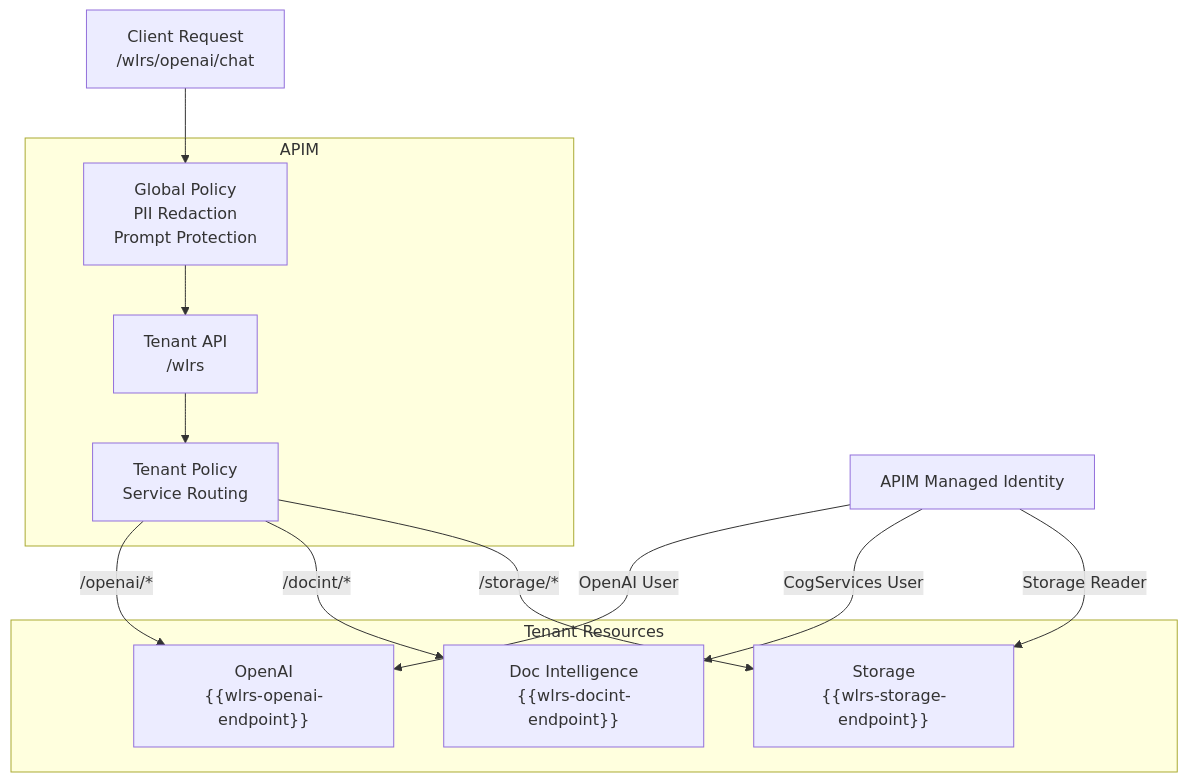
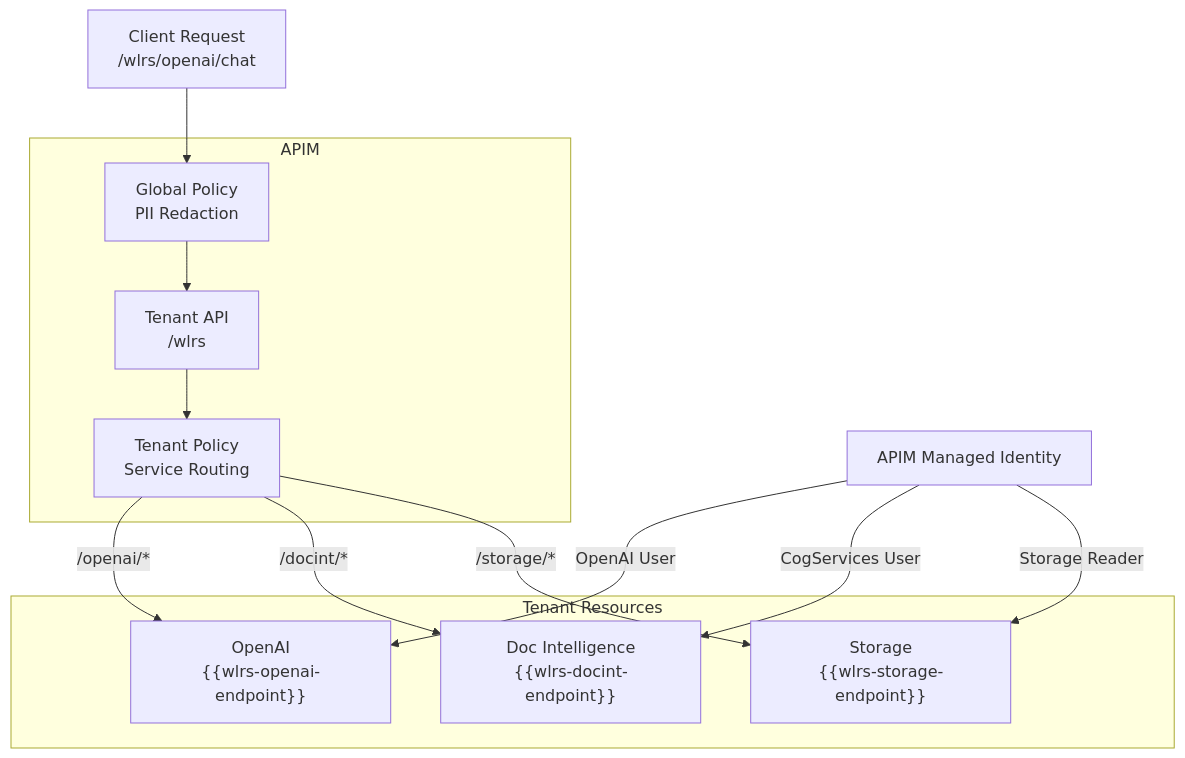
The seventh of 9 diagrams in infra-ai-hub/README.md (bcgov/ai-hub-tracking), drawn with Mermaid before and after one commit. The commit also changed other lines of this file and 6 other files, not shown here.

````diff
--- a/infra-ai-hub/README.md
+++ b/infra-ai-hub/README.md
@@ -417,28 +417,28 @@
 ```mermaid
 flowchart TB
     CLIENT["Client Request<br/>/wlrs/openai/chat"]
     
     subgraph "APIM"
-        GP["Global Policy<br/>PII Redaction<br/>Prompt Protection"]
+        GP["Global Policy<br/>PII Redaction"]
         API["Tenant API<br/>/wlrs"]
         POLICY["Tenant Policy<br/>Service Routing"]
     end
     
     subgraph "Tenant Resources"
         OAI["OpenAI<br/>{{wlrs-openai-endpoint}}"]
         DOCINT["Doc Intelligence<br/>{{wlrs-docint-endpoint}}"]
         STG["Storage<br/>{{wlrs-storage-endpoint}}"]
     end
     
     CLIENT --> GP
     GP --> API
     API --> POLICY
     POLICY -->|/openai/*| OAI
     POLICY -->|/docint/*| DOCINT
     POLICY -->|/storage/*| STG
     
     APIM_ID["APIM Managed Identity"]
     APIM_ID -->|OpenAI User| OAI
     APIM_ID -->|CogServices User| DOCINT
     APIM_ID -->|Storage Reader| STG
 ```
````
